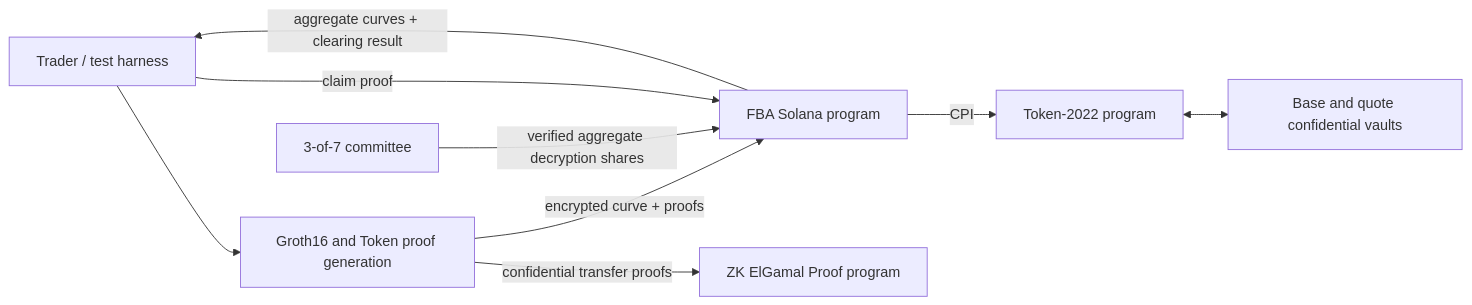
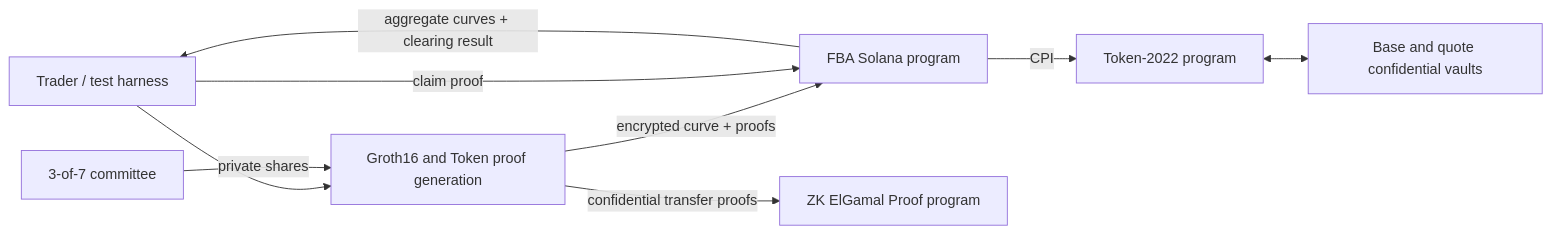
The first of 2 diagrams in TECHNICAL_DESIGN.md (Raunaque97/BeatEx), drawn with Mermaid before and after one commit. The commit also changed other lines of this file and 68 other files, not shown here.

````diff
--- a/TECHNICAL_DESIGN.md
+++ b/TECHNICAL_DESIGN.md
@@ -103,19 +103,19 @@
 ```mermaid
 flowchart LR
     Trader[Trader / test harness]
     Prover[Groth16 and Token proof generation]
     Program[FBA Solana program]
     Token[Token-2022 program]
     ZkProgram[ZK ElGamal Proof program]
     Committee[3-of-7 committee]
     Vaults[Base and quote confidential vaults]
 
     Trader --> Prover
     Prover -->|encrypted curve + proofs| Program
     Prover -->|confidential transfer proofs| ZkProgram
     Program -->|CPI| Token
     Token <--> Vaults
-    Committee -->|verified aggregate decryption shares| Program
+    Committee -->|private shares| Prover
     Program -->|aggregate curves + clearing result| Trader
     Trader -->|claim proof| Program
 ```
````
